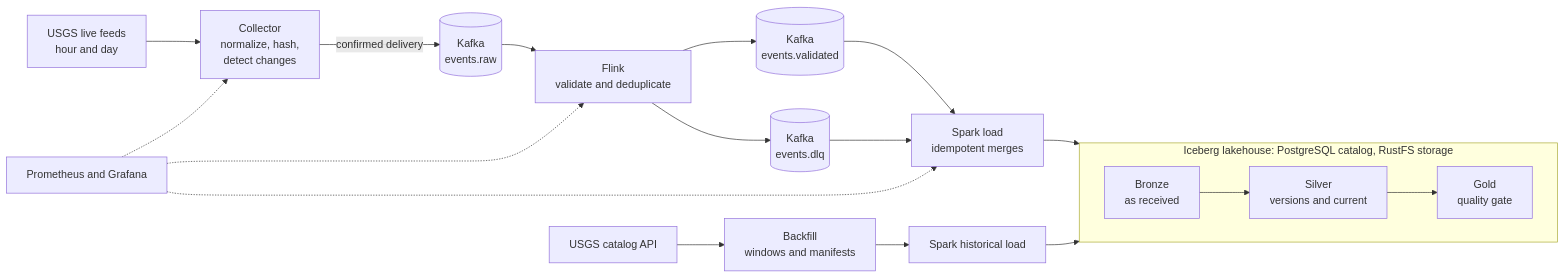
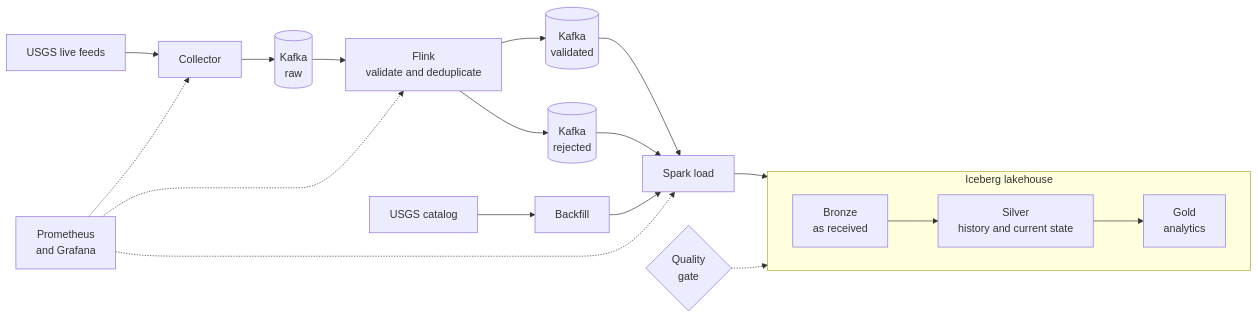
One commit to viditpawar/QuakeFlow changed the diagram in README.md. Above: the diagram before and after it, drawn with Mermaid. The commit also changed other lines of this file, not shown here.

````diff
--- a/README.md
+++ b/README.md
@@ -20,21 +48,20 @@
 ```mermaid
 flowchart LR
-    LIVE["USGS live feeds<br/>hour and day"] --> COL["Collector<br/>normalize, hash,<br/>detect changes"]
-    COL -->|"confirmed delivery"| RAW[("Kafka<br/>events.raw")]
+    LIVE["USGS live feeds"] --> COL["Collector"]
+    COL --> RAW[("Kafka<br/>raw")]
     RAW --> FLINK["Flink<br/>validate and deduplicate"]
-    FLINK --> VAL[("Kafka<br/>events.validated")]
-    FLINK --> DLQ[("Kafka<br/>events.dlq")]
-    VAL --> LOAD["Spark load<br/>idempotent merges"]
-    DLQ --> LOAD
-    CAT["USGS catalog API"] --> BF["Backfill<br/>windows and manifests"]
-    BF --> HLOAD["Spark historical load"]
-    LOAD --> LAKE
-    HLOAD --> LAKE
-    subgraph LAKE ["Iceberg lakehouse: PostgreSQL catalog, RustFS storage"]
+    FLINK --> VAL[("Kafka<br/>validated")]
+    FLINK --> DLQ[("Kafka<br/>rejected")]
+    VAL --> SPARK["Spark load"]
+    DLQ --> SPARK
+    CAT["USGS catalog"] --> BF["Backfill"] --> SPARK
+    SPARK --> BRONZE
+    subgraph LAKE ["Iceberg lakehouse"]
         direction LR
-        BRONZE["Bronze<br/>as received"] --> SILVER["Silver<br/>versions and current"] --> GOLD["Gold<br/>quality gate"]
+        BRONZE["Bronze<br/>as received"] --> SILVER["Silver<br/>history and current state"] --> GOLD["Gold<br/>analytics"]
     end
-    MON["Prometheus and Grafana"] -.-> COL
+    GATE{"Quality<br/>gate"} -.-> GOLD
+    MON["Prometheus<br/>and Grafana"] -.-> COL
     MON -.-> FLINK
-    MON -.-> LOAD
+    MON -.-> SPARK
 ```
````
